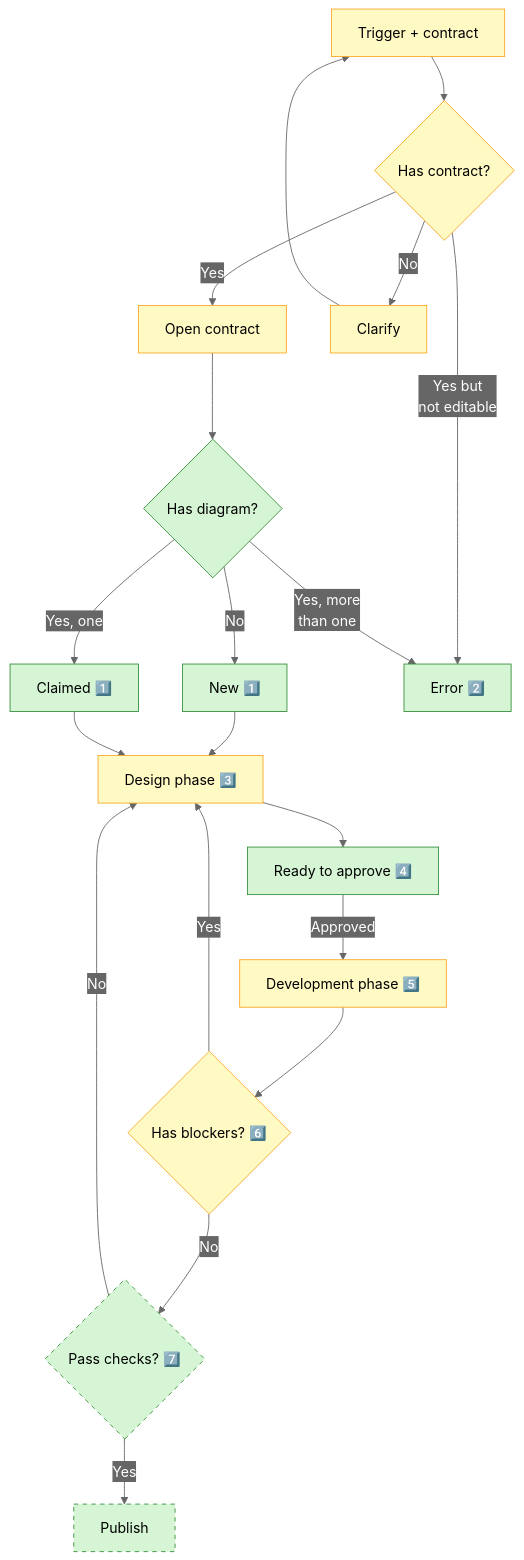
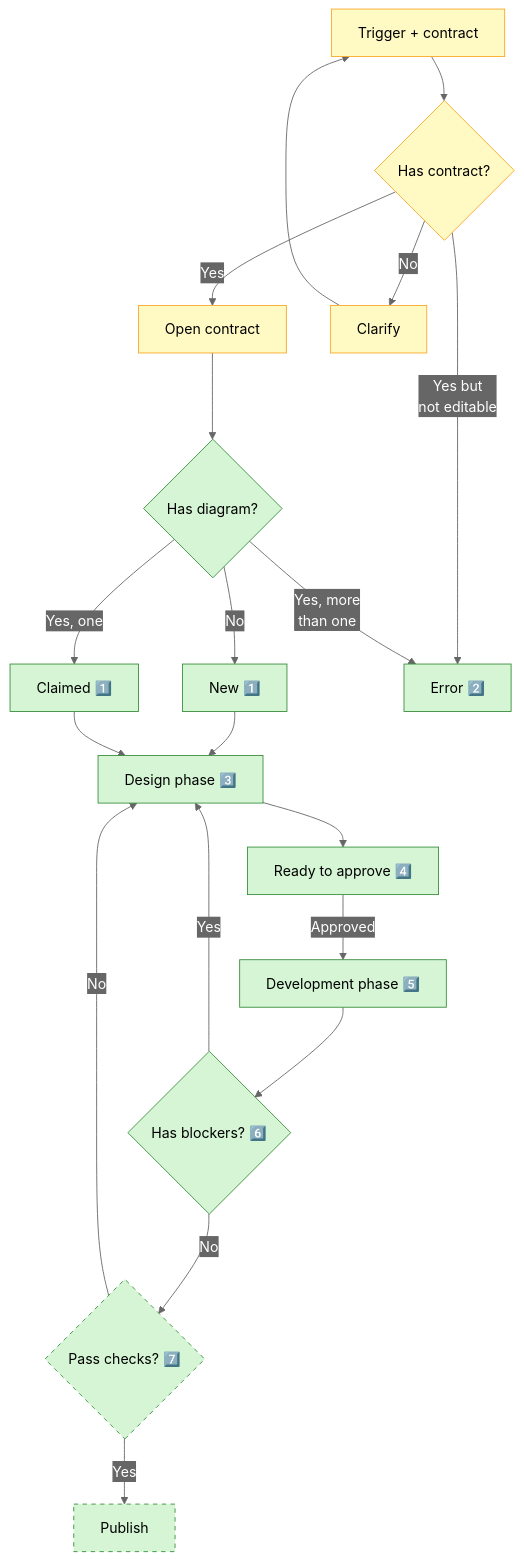
One commit to nonlinear/skills changed the diagram in contract-diagram/SKILL.md. Above: the diagram before and after it, drawn with Mermaid.

Commit message:
Mark DESIGN, DEVELOPMENT, BLOCKERS as developed (detectPhase working)

````diff
--- a/contract-diagram/SKILL.md
+++ b/contract-diagram/SKILL.md
@@ -28,51 +28,51 @@
 ```mermaid
 %%{init: {'theme':'base','themeVariables':{"primaryColor":"#4A90E2","primaryTextColor":"#fff","primaryBorderColor":"#2E5C8A","lineColor":"#666","secondaryColor":"#50E3C2","tertiaryColor":"#FFD700","edgeLabelBackground":"#666"},'flowchart':{"nodeSpacing":50,"rankSpacing":50,"padding":15,"curve":"basis"}}}%%
 flowchart TD
     TRIGGER["Trigger + contract"]
     CHECK_CONTRACT{"Has contract?"}
     OPEN["Open contract"]
     CLARIFY["Clarify"]
     CHECK_DIAGRAM{"Has diagram?"}
     CREATE["New 1️⃣"]
     CLAIM["Claimed 1️⃣"]
     ERROR["Error 2️⃣"]
     
     DESIGN["Design phase 3️⃣"]
     SIGNOFF["Ready to approve 4️⃣"]
     DEVELOPMENT["Development phase 5️⃣"]
     BLOCKERS{"Has blockers? 6️⃣"}
     TESTS{"Pass checks? 7️⃣"}
     PUBLISH["Publish"]
     
     TRIGGER --> CHECK_CONTRACT
     CHECK_CONTRACT -->|Yes| OPEN
     CHECK_CONTRACT -->|Yes but<br/>not editable| ERROR
     CHECK_CONTRACT -->|No| CLARIFY
     CLARIFY --> TRIGGER
     
     OPEN --> CHECK_DIAGRAM
     CHECK_DIAGRAM -->|Yes, more<br/>than one| ERROR
     CHECK_DIAGRAM -->|Yes, one| CLAIM
     CHECK_DIAGRAM -->|No| CREATE
     
     CREATE --> DESIGN
     CLAIM --> DESIGN
     DESIGN --> SIGNOFF
     SIGNOFF -->|Approved| DEVELOPMENT
     DEVELOPMENT --> BLOCKERS
     BLOCKERS -->|Yes| DESIGN
     BLOCKERS -->|No| TESTS
     TESTS -->|Yes| PUBLISH
     TESTS -->|No| DESIGN
     
     classDef default fill:#e0e0e0,stroke:#666,color:#000
     classDef approved fill:#FFF9C4,stroke:#F9A825,color:#000
     classDef developed fill:#D5F5D5,stroke:#388E3C,color:#000
     classDef blocker fill:#FFCDD2,stroke:#D32F2F,color:#000
     classDef developed-notes fill:#E3F2FD,stroke:#1976D2,color:#000
     classDef outside-system fill:#D5F5D5,stroke:#388E3C,stroke-dasharray:5 5,color:#000
     
-    class TRIGGER,CHECK_CONTRACT,OPEN,CLARIFY,DESIGN,DEVELOPMENT,BLOCKERS approved
-    class CHECK_DIAGRAM,CREATE,CLAIM,ERROR,SIGNOFF developed
+    class TRIGGER,CHECK_CONTRACT,OPEN,CLARIFY approved
+    class CHECK_DIAGRAM,CREATE,CLAIM,ERROR,SIGNOFF,DESIGN,DEVELOPMENT,BLOCKERS developed
     class PUBLISH,TESTS outside-system
 ```
````
